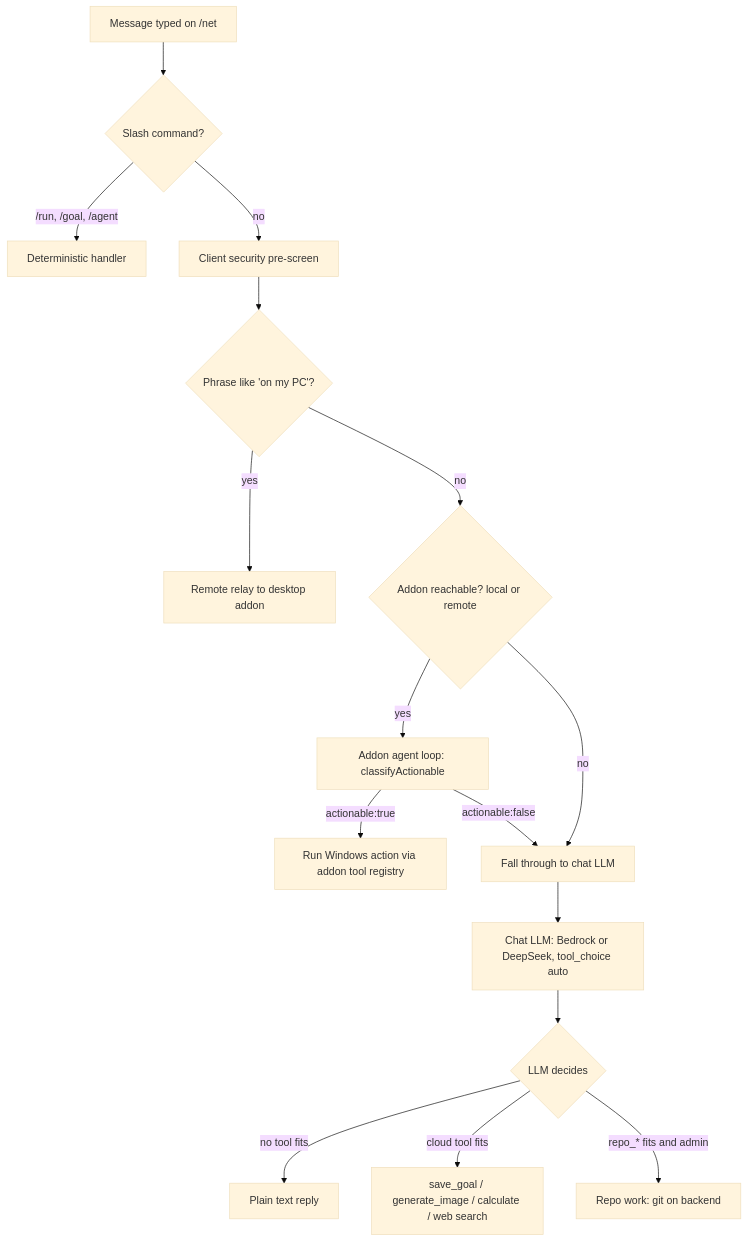
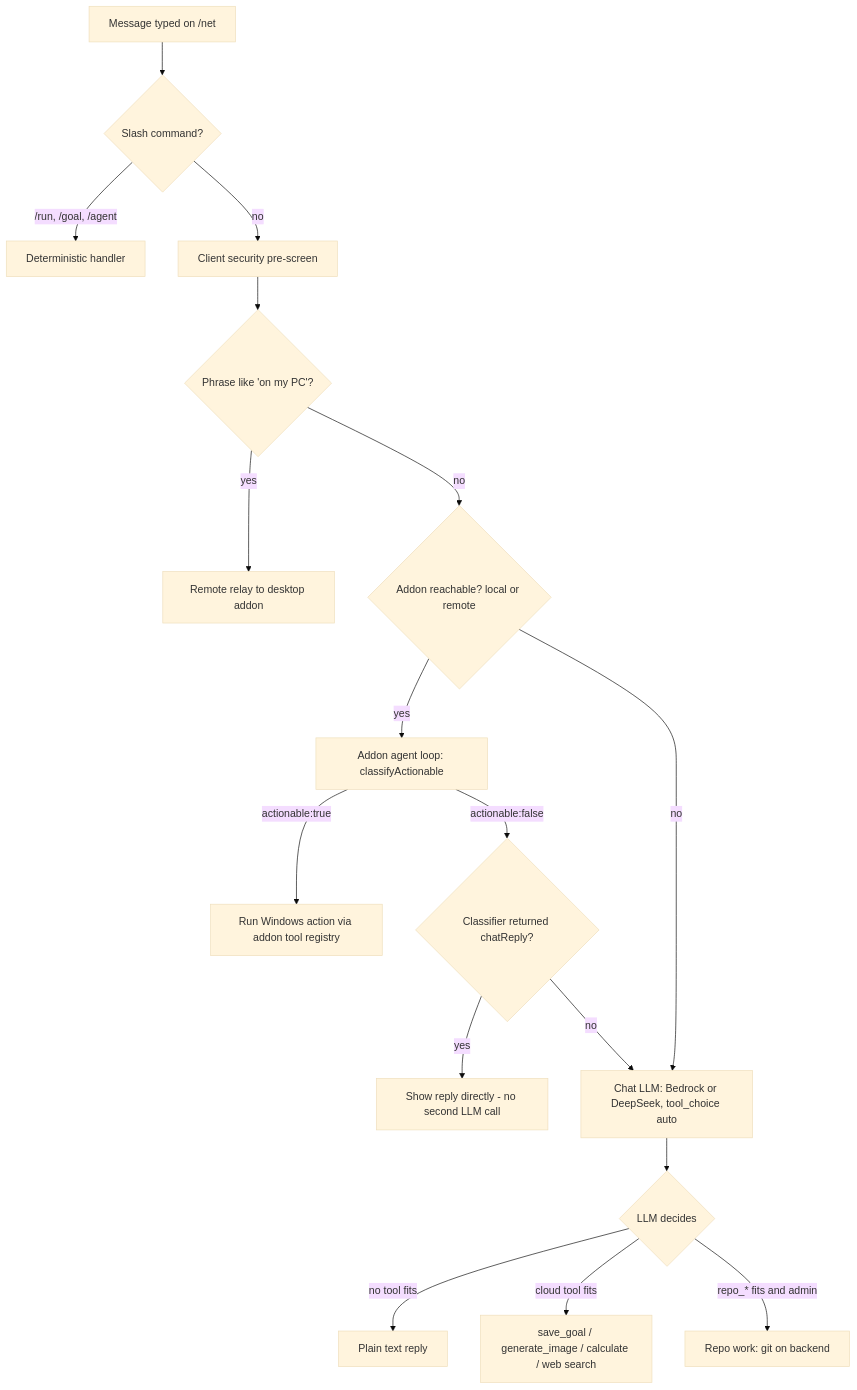
The diagram in docs/implementation/simple-agent-prompt.md (tnnrhpwd/portfolio-app), drawn with Mermaid (base theme) before and after one commit. The commit also changed other lines of this file, not shown here.

First line of the commit message:
Clarify addon action/chat flow

````diff
--- a/docs/implementation/simple-agent-prompt.md
+++ b/docs/implementation/simple-agent-prompt.md
@@ -792,18 +792,19 @@
 ```mermaid
 flowchart TD
     A[Message typed on /net] --> B{Slash command?}
     B -- /run, /goal, /agent --> C[Deterministic handler]
     B -- no --> D[Client security pre-screen]
     D --> E{Phrase like 'on my PC'?}
     E -- yes --> F[Remote relay to desktop addon]
     E -- no --> G{Addon reachable? local or remote}
     G -- yes --> H[Addon agent loop: classifyActionable]
     H -- actionable:true --> I[Run Windows action via addon tool registry]
-    H -- actionable:false --> J[Fall through to chat LLM]
-    G -- no --> J
-    J --> K[Chat LLM: Bedrock or DeepSeek, tool_choice auto]
+    H -- actionable:false --> J{Classifier returned chatReply?}
+    J -- yes --> R[Show reply directly - no second LLM call]
+    J -- no --> K[Chat LLM: Bedrock or DeepSeek, tool_choice auto]
+    G -- no --> K
     K --> L{LLM decides}
     L -- no tool fits --> M[Plain text reply]
     L -- cloud tool fits --> N[save_goal / generate_image / calculate / web search]
     L -- repo_* fits and admin --> O[Repo work: git on backend]
 ```
````
